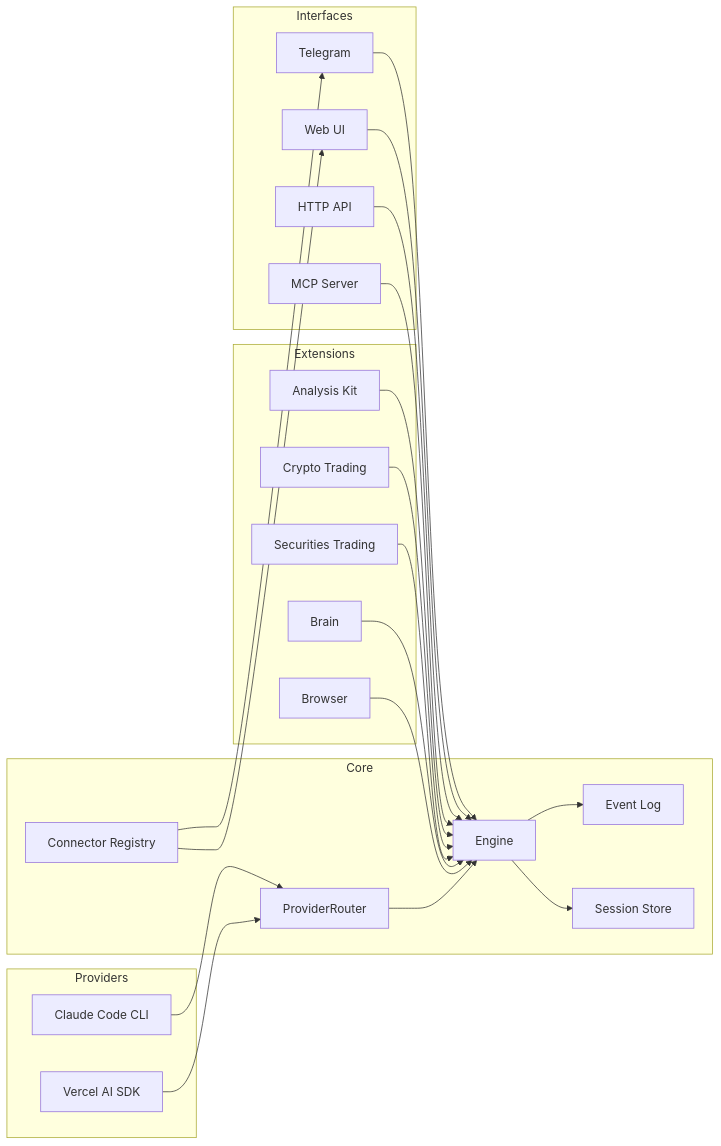
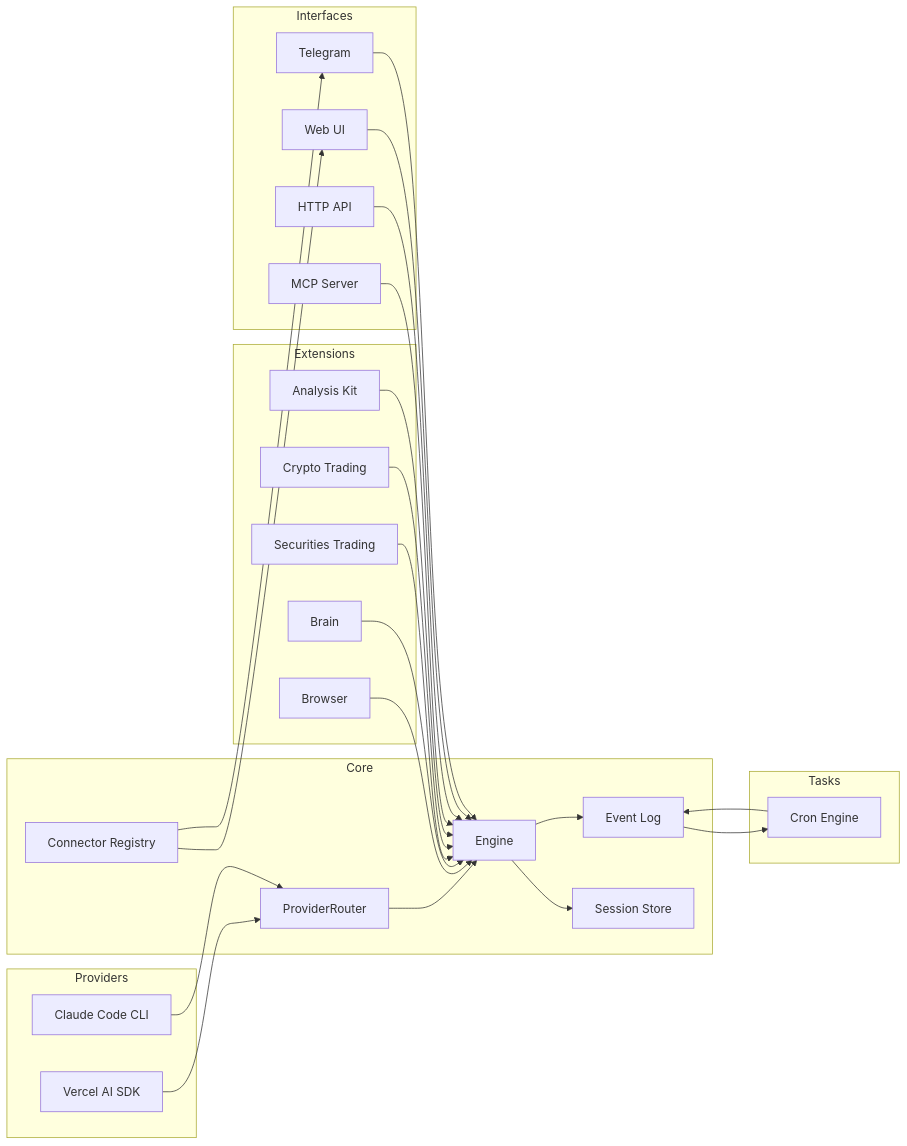
The diagram in README.md (imsatoshi/TradeClaw), drawn with Mermaid before and after one commit. The commit also changed other lines of this file and 6 other files, not shown here.

````diff
--- a/README.md
+++ b/README.md
@@ -29,46 +30,52 @@
 ```mermaid
 graph LR
   subgraph Providers
     CC[Claude Code CLI]
     VS[Vercel AI SDK]
   end
 
   subgraph Core
     PR[ProviderRouter]
     E[Engine]
     S[Session Store]
     EL[Event Log]
     CR[Connector Registry]
   end
 
   subgraph Extensions
     AK[Analysis Kit]
     CT[Crypto Trading]
     ST[Securities Trading]
     BR[Brain]
     BW[Browser]
   end
 
+  subgraph Tasks
+    CRON[Cron Engine]
+  end
+
   subgraph Interfaces
     WEB[Web UI]
     TG[Telegram]
     HTTP[HTTP API]
     MCP[MCP Server]
   end
 
   CC --> PR
   VS --> PR
   PR --> E
   E --> S
   E --> EL
   CR --> WEB & TG
   AK --> E
   CT --> E
   ST --> E
   BR --> E
   BW --> E
+  CRON --> EL
+  EL --> CRON
   WEB --> E
   TG --> E
   HTTP --> E
   MCP --> E
 ```
````
